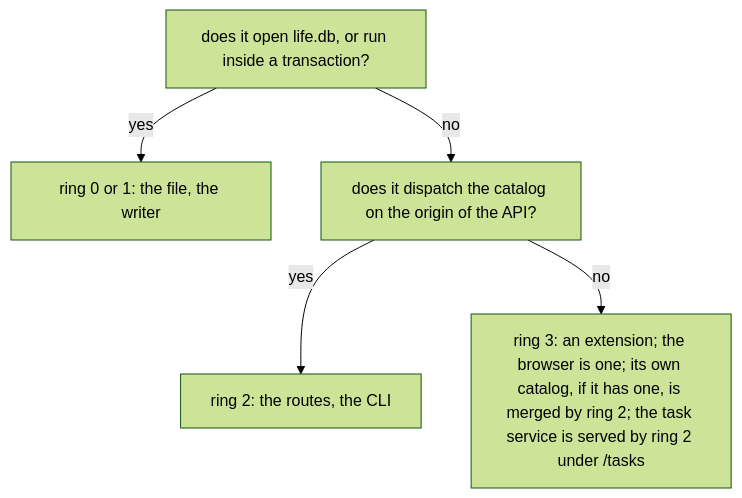
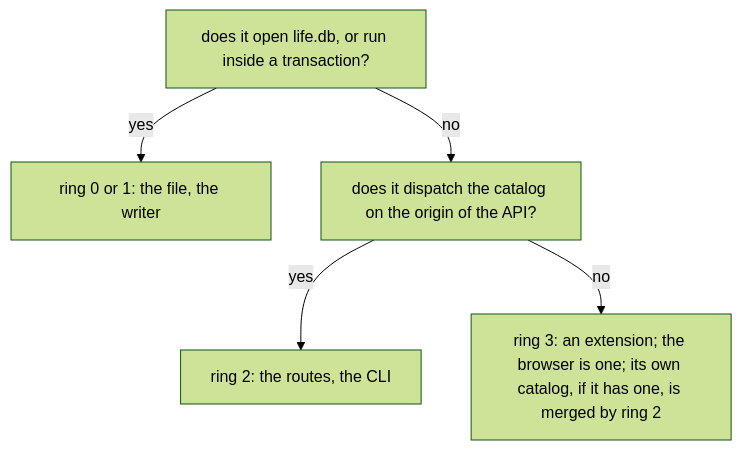
The second of 2 diagrams in AGENTS.md (alexradunet/aminte), drawn with Mermaid (forest theme) before and after one commit. The commit also changed other lines of this file and 55 other files, not shown here.

First line of the commit message:
plan 164: no task service: TickTick and Tasks go

````diff
--- a/AGENTS.md
+++ b/AGENTS.md
@@ -181,7 +181,7 @@
 ```mermaid
 flowchart TD
   Q["does it open life.db, or run inside a transaction?"] -->|"yes"| C["ring 0 or 1: the file, the writer"]
   Q -->|"no"| R["does it dispatch the catalog on the origin of the API?"]
   R -->|"yes"| K["ring 2: the routes, the CLI"]
-  R -->|"no"| E["ring 3: an extension; the browser is one; its own catalog, if it has one, is merged by ring 2; the task service is served by ring 2 under /tasks"]
+  R -->|"no"| E["ring 3: an extension; the browser is one; its own catalog, if it has one, is merged by ring 2"]
 ```
````
